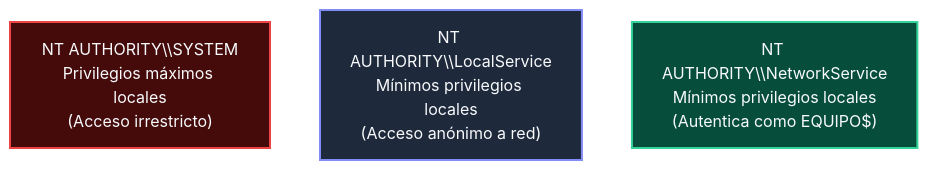
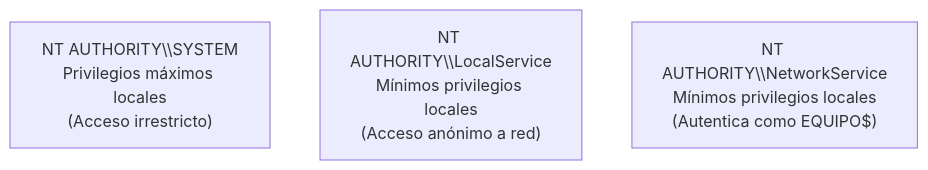
Before and after one commit to purpesec/Cybersecurity-For-Beginners: the sixth of 6 diagrams in malware-analysis/02-procesos-servicios-y-cuentas/README.md, drawn with Mermaid. The commit also changed other lines of this file and 4 other files, not shown here.

Commit message:
style: remover classDef y colores personalizados para usar estilo nativo estandar de Mermaid

````diff
--- a/malware-analysis/02-procesos-servicios-y-cuentas/README.md
+++ b/malware-analysis/02-procesos-servicios-y-cuentas/README.md
@@ -173,12 +153,8 @@
 ```mermaid
 flowchart LR
-    classDef sys fill:#450a0a,stroke:#ef4444,stroke-width:2px,color:#f8fafc;
-    classDef loc fill:#1e293b,stroke:#818cf8,stroke-width:2px,color:#f8fafc;
-    classDef net fill:#064e3b,stroke:#34d399,stroke-width:2px,color:#f8fafc;
-
-    SYSTEM["NT AUTHORITY\\SYSTEM\nPrivilegios máximos locales\n(Acceso irrestricto)"]:::sys
-    LOCAL["NT AUTHORITY\\LocalService\nMínimos privilegios locales\n(Acceso anónimo a red)"]:::loc
-    NET["NT AUTHORITY\\NetworkService\nMínimos privilegios locales\n(Autentica como EQUIPO$)"]:::net
+    SYSTEM["NT AUTHORITY\\SYSTEM\nPrivilegios máximos locales\n(Acceso irrestricto)"]
+    LOCAL["NT AUTHORITY\\LocalService\nMínimos privilegios locales\n(Acceso anónimo a red)"]
+    NET["NT AUTHORITY\\NetworkService\nMínimos privilegios locales\n(Autentica como EQUIPO$)"]
 
     SYSTEM ~~~ LOCAL ~~~ NET
 ```
````
